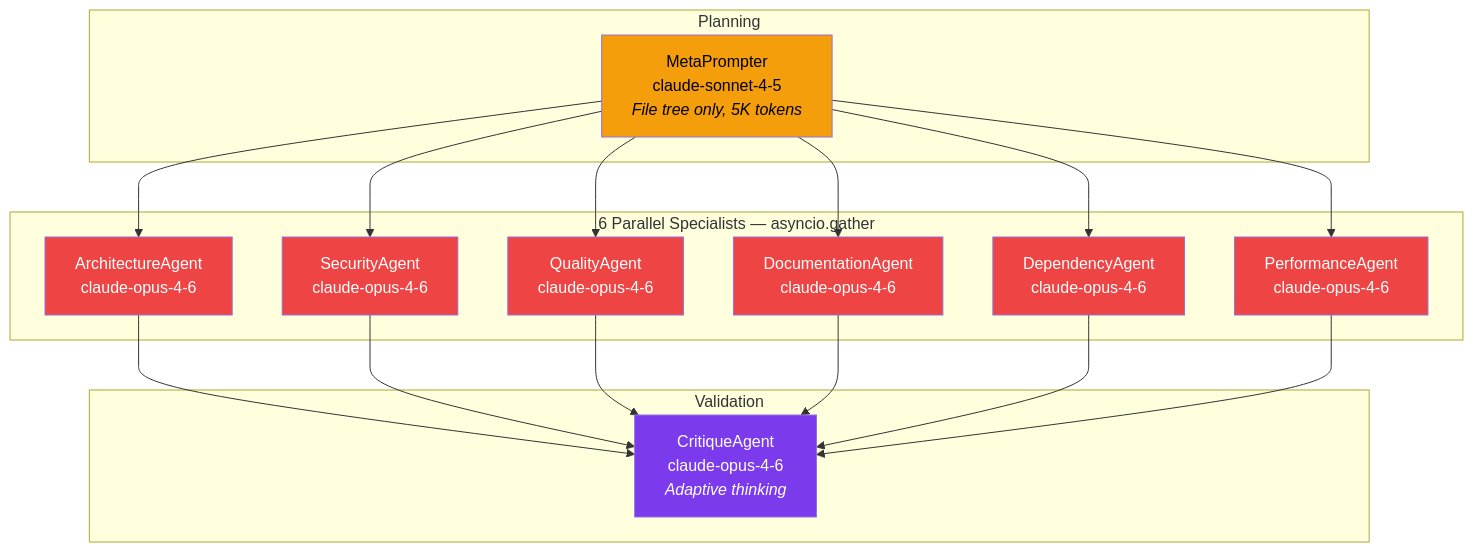
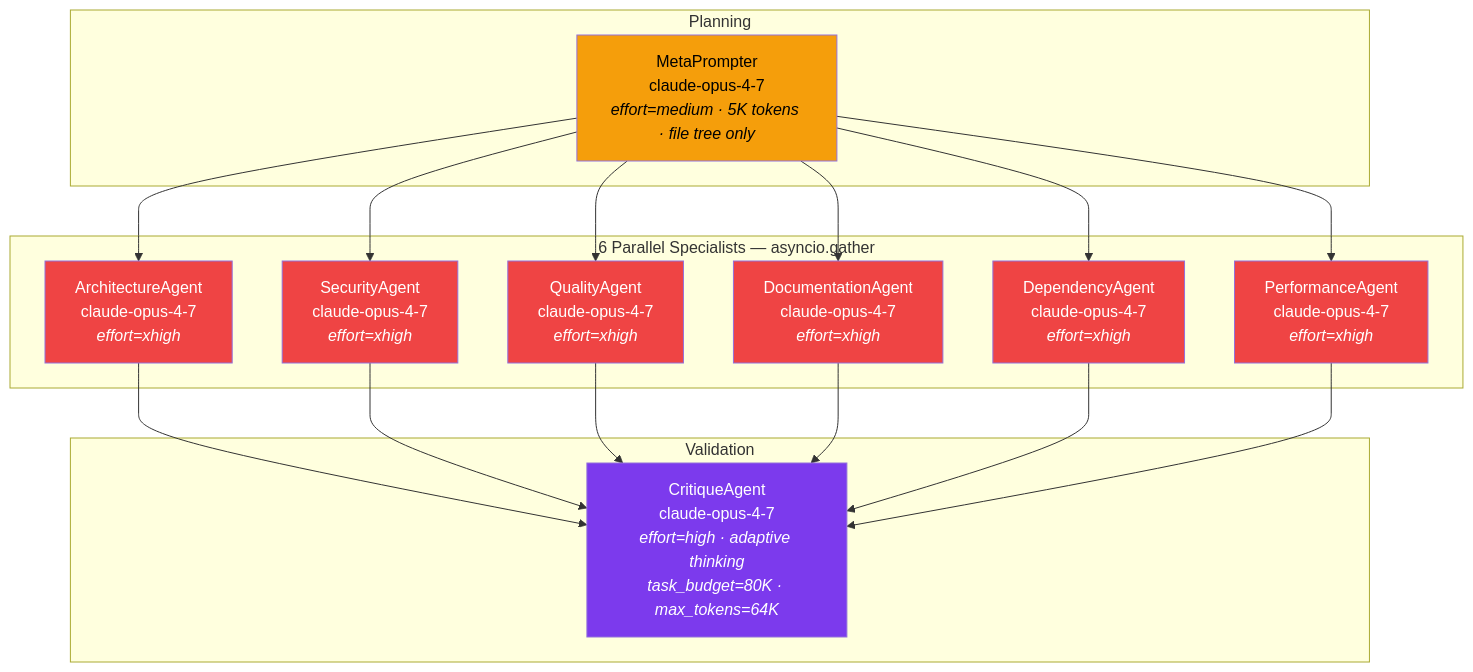
One commit to leocder07/spectra changed the fourth of 4 diagrams in docs/diagrams/hld-system-architecture.md. Above: the diagram before and after it, drawn with Mermaid. The commit also changed other lines of this file and 15 other files, not shown here.

First line of the commit message:
docs(arch): update HLD/LLD/ADRs for Opus 4.7 + CachePort + Action (#9)

````diff
--- a/docs/diagrams/hld-system-architecture.md
+++ b/docs/diagrams/hld-system-architecture.md
@@ -136,42 +138,42 @@
 ```mermaid
 graph TB
     subgraph "Planning"
-        MP["MetaPrompter<br/>claude-sonnet-4-5<br/><i>File tree only, 5K tokens</i>"]
+        MP["MetaPrompter<br/>claude-opus-4-7<br/><i>effort=medium · 5K tokens · file tree only</i>"]
     end
 
     subgraph "6 Parallel Specialists — asyncio.gather"
-        ARCH["ArchitectureAgent<br/>claude-opus-4-6"]
-        SEC["SecurityAgent<br/>claude-opus-4-6"]
-        QUAL["QualityAgent<br/>claude-opus-4-6"]
-        DOC["DocumentationAgent<br/>claude-opus-4-6"]
-        DEP["DependencyAgent<br/>claude-opus-4-6"]
-        PERF["PerformanceAgent<br/>claude-opus-4-6"]
+        ARCH["ArchitectureAgent<br/>claude-opus-4-7<br/><i>effort=xhigh</i>"]
+        SEC["SecurityAgent<br/>claude-opus-4-7<br/><i>effort=xhigh</i>"]
+        QUAL["QualityAgent<br/>claude-opus-4-7<br/><i>effort=xhigh</i>"]
+        DOC["DocumentationAgent<br/>claude-opus-4-7<br/><i>effort=xhigh</i>"]
+        DEP["DependencyAgent<br/>claude-opus-4-7<br/><i>effort=xhigh</i>"]
+        PERF["PerformanceAgent<br/>claude-opus-4-7<br/><i>effort=xhigh</i>"]
     end
 
     subgraph "Validation"
-        CR["CritiqueAgent<br/>claude-opus-4-6<br/><i>Adaptive thinking</i>"]
+        CR["CritiqueAgent<br/>claude-opus-4-7<br/><i>effort=high · adaptive thinking<br/>task_budget=80K · max_tokens=64K</i>"]
     end
 
     MP --> ARCH
     MP --> SEC
     MP --> QUAL
     MP --> DOC
     MP --> DEP
     MP --> PERF
 
     ARCH --> CR
     SEC --> CR
     QUAL --> CR
     DOC --> CR
     DEP --> CR
     PERF --> CR
 
     style MP fill:#F59E0B,color:#000
     style ARCH fill:#EF4444,color:#fff
     style SEC fill:#EF4444,color:#fff
     style QUAL fill:#EF4444,color:#fff
     style DOC fill:#EF4444,color:#fff
     style DEP fill:#EF4444,color:#fff
     style PERF fill:#EF4444,color:#fff
     style CR fill:#7C3AED,color:#fff
 ```
````
